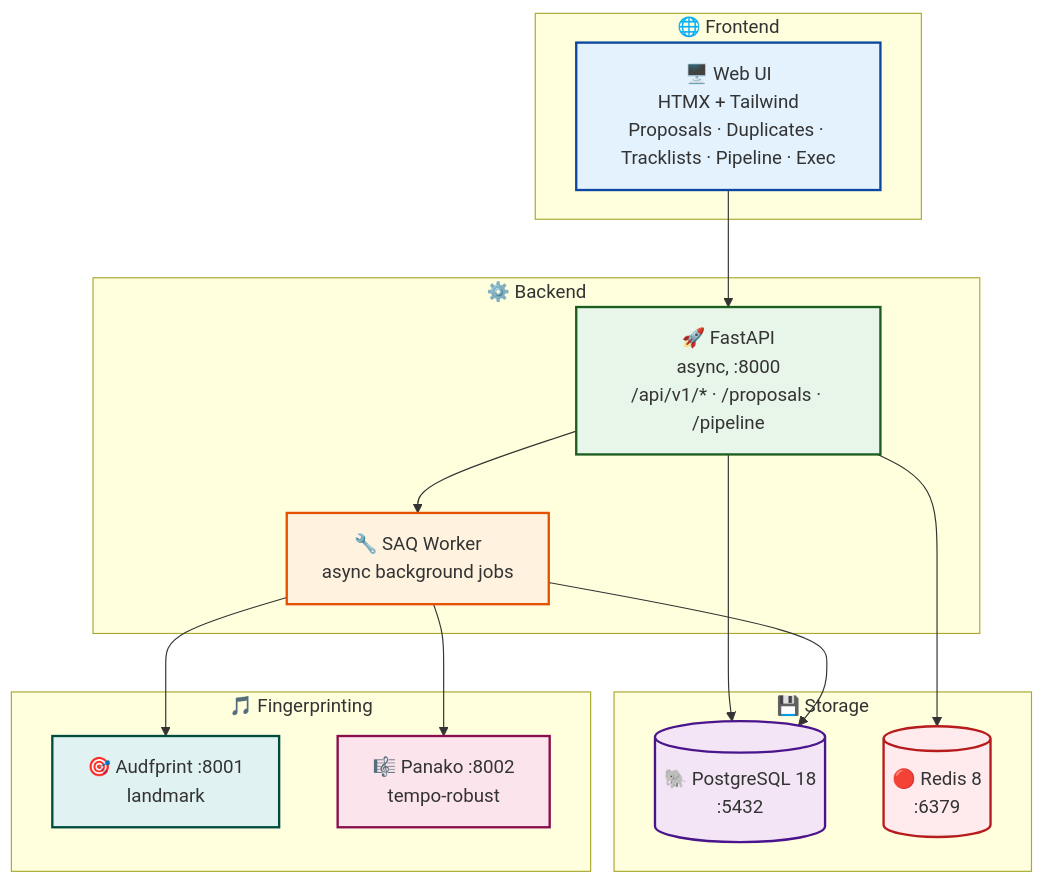
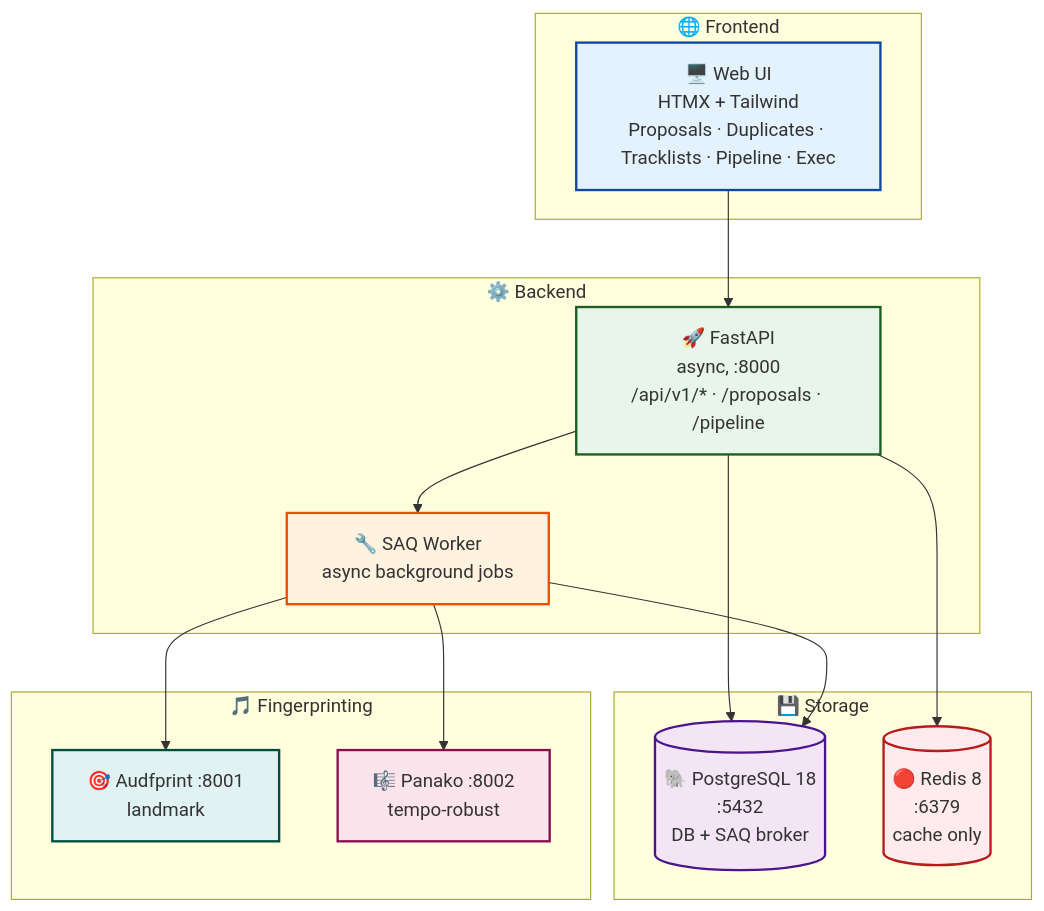
Before and after one commit to SimplicityGuy/phaze: the first of 2 diagrams in README.md, drawn with Mermaid. The commit also changed other lines of this file and 52 other files, not shown here.

First line of the commit message:
Phase 36: Pipeline Queue Backend Migration (Redis → Postgres SAQ) (#123)

````diff
--- a/README.md
+++ b/README.md
@@ -52,37 +52,37 @@
 ```mermaid
 graph TD
     subgraph Frontend ["🌐 Frontend"]
         UI["🖥️ Web UI<br/>HTMX + Tailwind<br/>Proposals · Duplicates · Tracklists · Pipeline · Exec"]
     end
 
     subgraph Backend ["⚙️ Backend"]
         API["🚀 FastAPI<br/>async, :8000<br/>/api/v1/* · /proposals · /pipeline"]
         WORKER["🔧 SAQ Worker<br/>async background jobs"]
     end
 
     subgraph Storage ["💾 Storage"]
-        PG[("🐘 PostgreSQL 18<br/>:5432")]
-        REDIS[("🔴 Redis 8<br/>:6379")]
+        PG[("🐘 PostgreSQL 18<br/>:5432<br/>DB + SAQ broker")]
+        REDIS[("🔴 Redis 8<br/>:6379<br/>cache only")]
     end
 
     subgraph Fingerprint ["🎵 Fingerprinting"]
         AUD["🎯 Audfprint :8001<br/>landmark"]
         PAN["🎼 Panako :8002<br/>tempo-robust"]
     end
 
     UI --> API
     API --> PG
     API --> REDIS
     API --> WORKER
     WORKER --> AUD
     WORKER --> PAN
     WORKER --> PG
 
     style UI fill:#e3f2fd,stroke:#0d47a1,stroke-width:2px
     style API fill:#e8f5e9,stroke:#1b5e20,stroke-width:2px
     style WORKER fill:#fff3e0,stroke:#e65100,stroke-width:2px
     style PG fill:#f3e5f5,stroke:#4a148c,stroke-width:2px
     style REDIS fill:#ffebee,stroke:#b71c1c,stroke-width:2px
     style AUD fill:#e0f2f1,stroke:#004d40,stroke-width:2px
     style PAN fill:#fce4ec,stroke:#880e4f,stroke-width:2px
 ```
````
